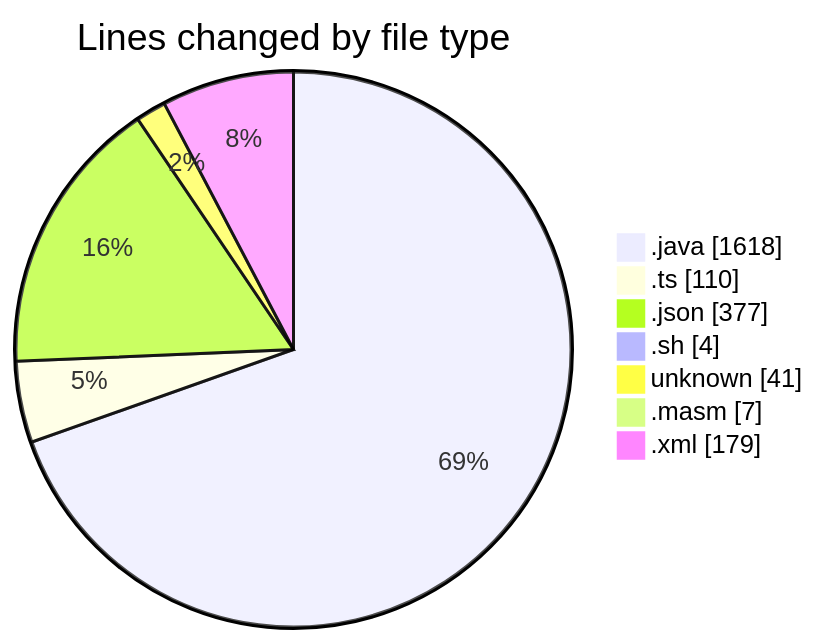
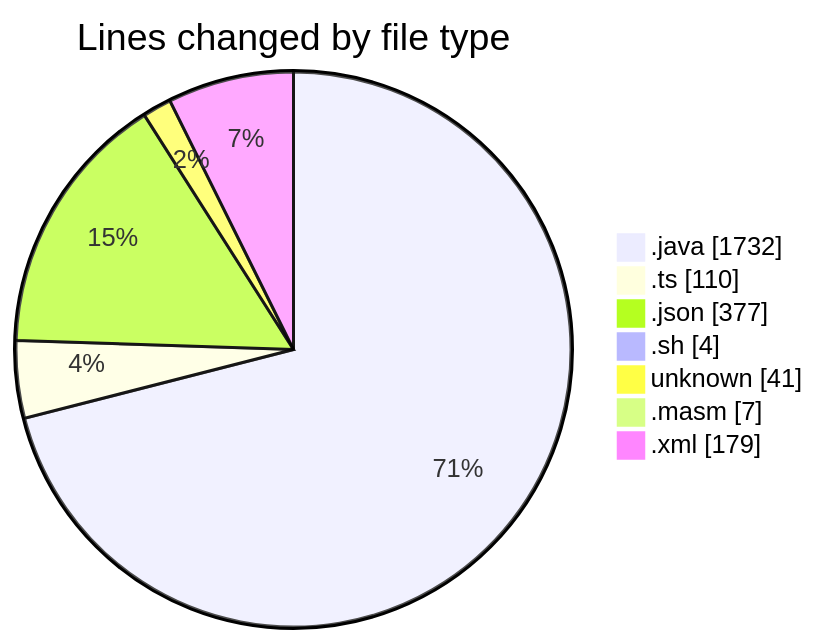
Before and after one commit to charlie-sans/code-tracking: the first of 2 diagrams in 2025-02-20/micros/README.md, drawn with Mermaid. The commit also changed other lines of this file and 1 other file, not shown here.

````diff
--- a/2025-02-20/micros/README.md
+++ b/2025-02-20/micros/README.md
@@ -36,11 +36,11 @@
 ```mermaid
 pie showData
 title Lines changed by file type
-".java" : 1618
+".java" : 1732
 ".ts" : 110
 ".json" : 377
 ".sh" : 4
 "unknown" : 41
 ".masm" : 7
 ".xml" : 179
 ```
````
